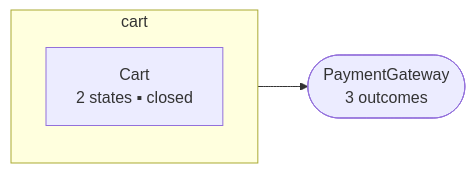
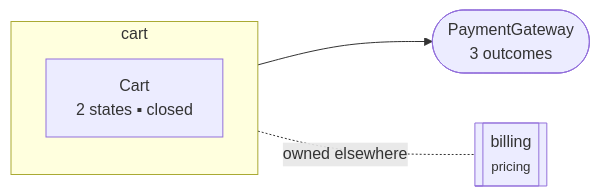
Before and after one commit to AlesKracik/quintessence: the first of 4 diagrams in examples/specs/cart.readback.md, drawn with Mermaid. The commit also changed other lines of this file and 17 other files, not shown here.

````diff
--- a/examples/specs/cart.readback.md
+++ b/examples/specs/cart.readback.md
@@ -17,8 +17,10 @@
 ```mermaid
 flowchart LR
     subgraph AREA["cart"]
         E_Cart["Cart<br/>2 states ▪ closed"]
     end
     X_PaymentGateway(["PaymentGateway<br/>3 outcomes"])
     AREA --> X_PaymentGateway
+    O_billing[["billing<br/><small>pricing</small>"]]
+    AREA -. owned elsewhere .- O_billing
 ```
````
